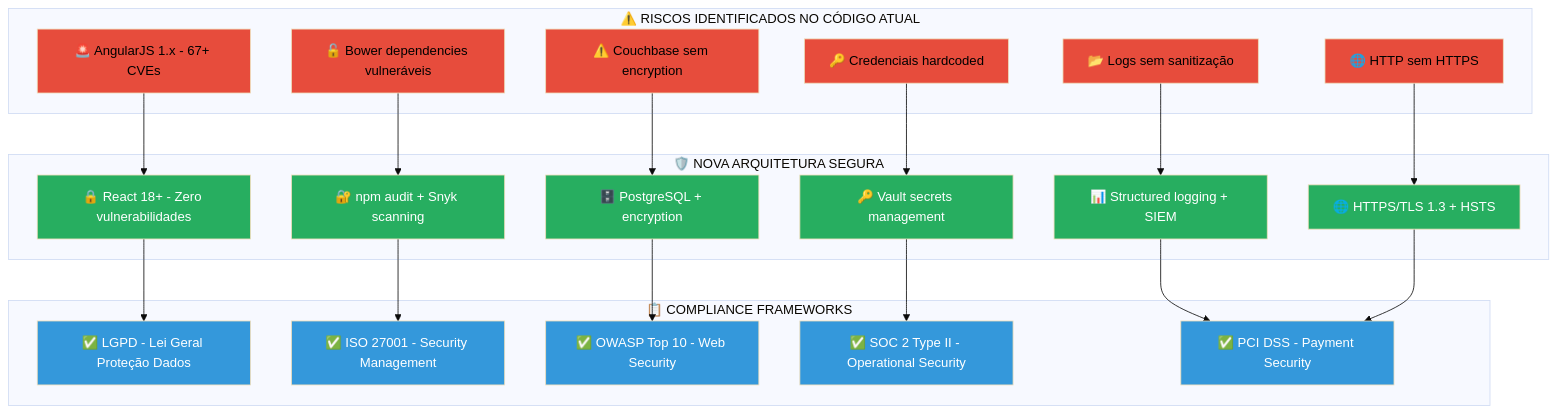
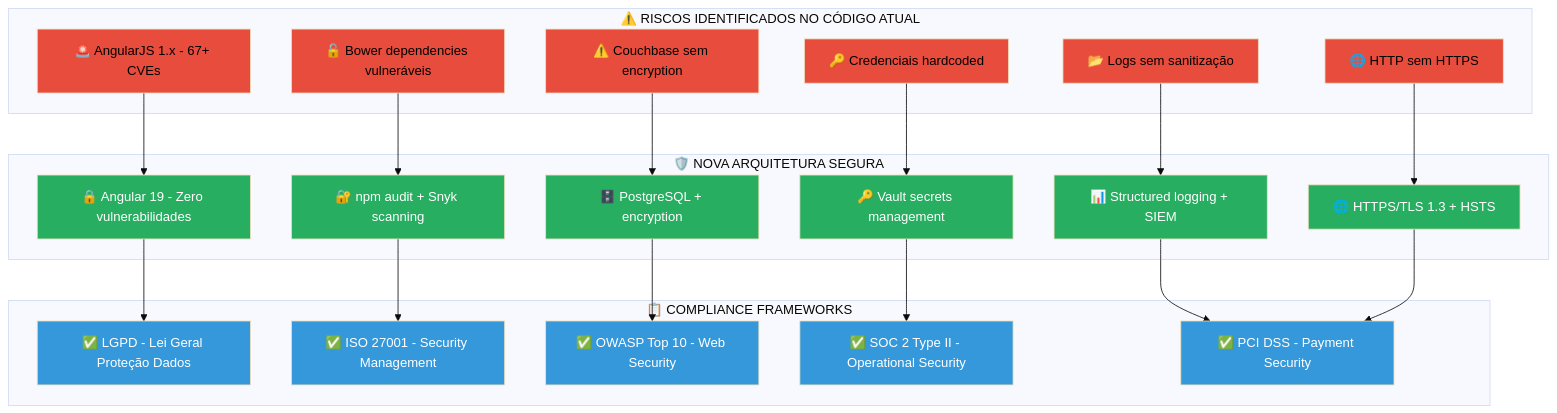
One commit to EduPereiraAlest/FocusTextil changed the diagram in 01-Proposta/documentacao/security-compliance.md. Above: the diagram before and after it, drawn with Mermaid (base theme). The commit also changed other lines of this file and 56 other files, not shown here.

Commit message:
refactor: migrate frontend from React to Angular architecture

````diff
--- a/01-Proposta/documentacao/security-compliance.md
+++ b/01-Proposta/documentacao/security-compliance.md
@@ -7,60 +7,60 @@
 ```mermaid
 graph TB
 subgraph "⚠️ RISCOS IDENTIFICADOS NO CÓDIGO ATUAL"
 A["🚨 AngularJS 1.x - 67+ CVEs"]
 B["🔓 Bower dependencies vulneráveis"]
 C["⚠️ Couchbase sem encryption"]
 D["🔑 Credenciais hardcoded"]
 E["📂 Logs sem sanitização"]
 F["🌐 HTTP sem HTTPS"]
 end
 
 subgraph "🛡️ NOVA ARQUITETURA SEGURA"
-G["🔒 React 18+ - Zero vulnerabilidades"]
+G["🔒 Angular 19 - Zero vulnerabilidades"]
 H["🔐 npm audit + Snyk scanning"]
 I["🗄️ PostgreSQL + encryption"]
 J["🔑 Vault secrets management"]
 K["📊 Structured logging + SIEM"]
 L["🌐 HTTPS/TLS 1.3 + HSTS"]
 end
 
 subgraph "📋 COMPLIANCE FRAMEWORKS"
 M["✅ LGPD - Lei Geral Proteção Dados"]
 N["✅ ISO 27001 - Security Management"]
 O["✅ OWASP Top 10 - Web Security"]
 P["✅ SOC 2 Type II - Operational Security"]
 Q["✅ PCI DSS - Payment Security"]
 end
 
 A --> G
 B --> H
 C --> I
 D --> J
 E --> K
 F --> L
 
 G --> M
 H --> N
 I --> O
 J --> P
 K --> Q
 L --> Q
 
 style A fill:#e74c3c,color:#000000
 style B fill:#e74c3c,color:#000000
 style C fill:#e74c3c,color:#000000
 style D fill:#e74c3c,color:#000000
 style E fill:#e74c3c,color:#000000
 style F fill:#e74c3c,color:#000000
 style G fill:#27ae60,color:#ffffff
 style H fill:#27ae60,color:#ffffff
 style I fill:#27ae60,color:#ffffff
 style J fill:#27ae60,color:#ffffff
 style K fill:#27ae60,color:#ffffff
 style L fill:#27ae60,color:#ffffff
 style M fill:#3498db,color:#ffffff
 style N fill:#3498db,color:#ffffff
 style O fill:#3498db,color:#ffffff
 style P fill:#3498db,color:#ffffff
 style Q fill:#3498db,color:#ffffff
 ```
````
